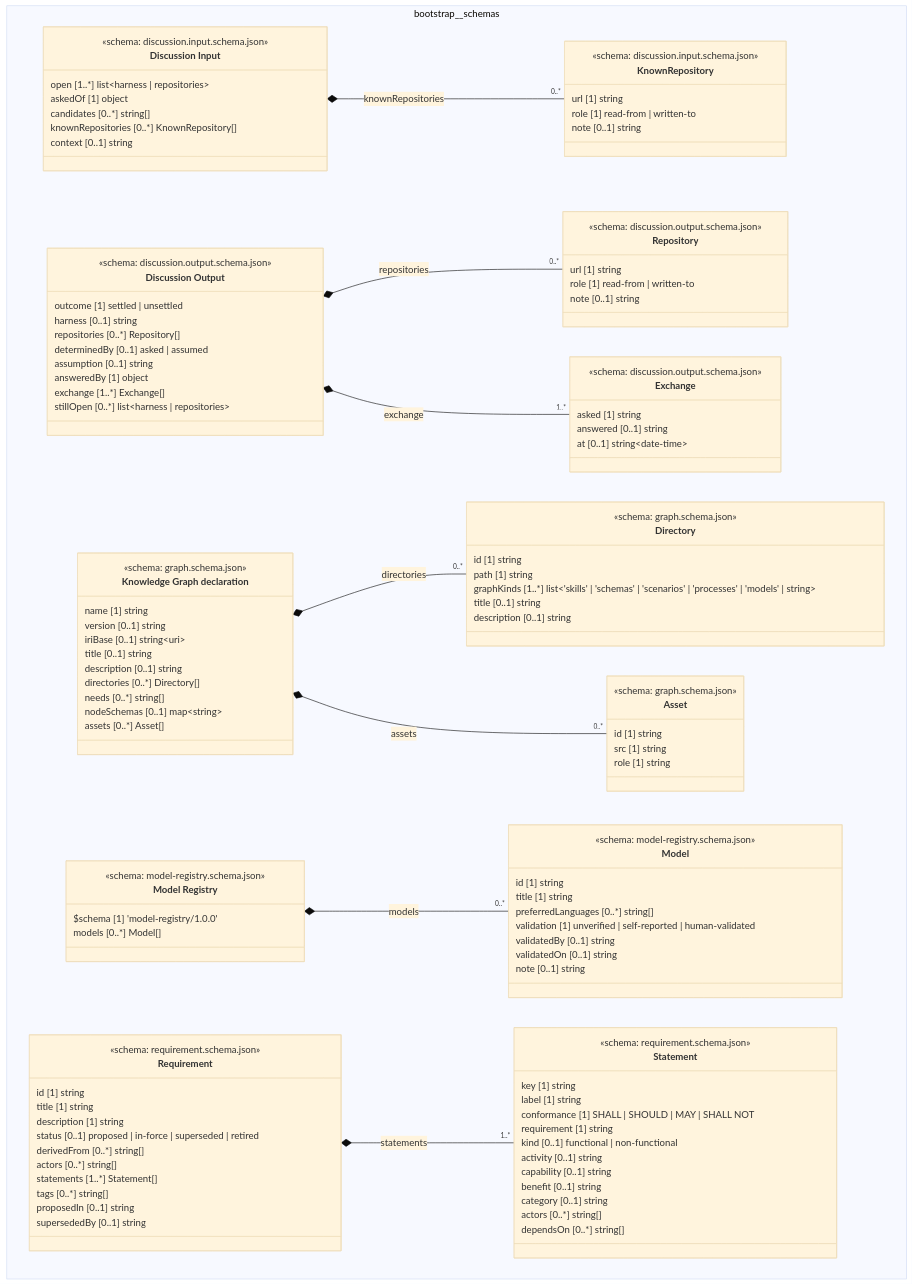
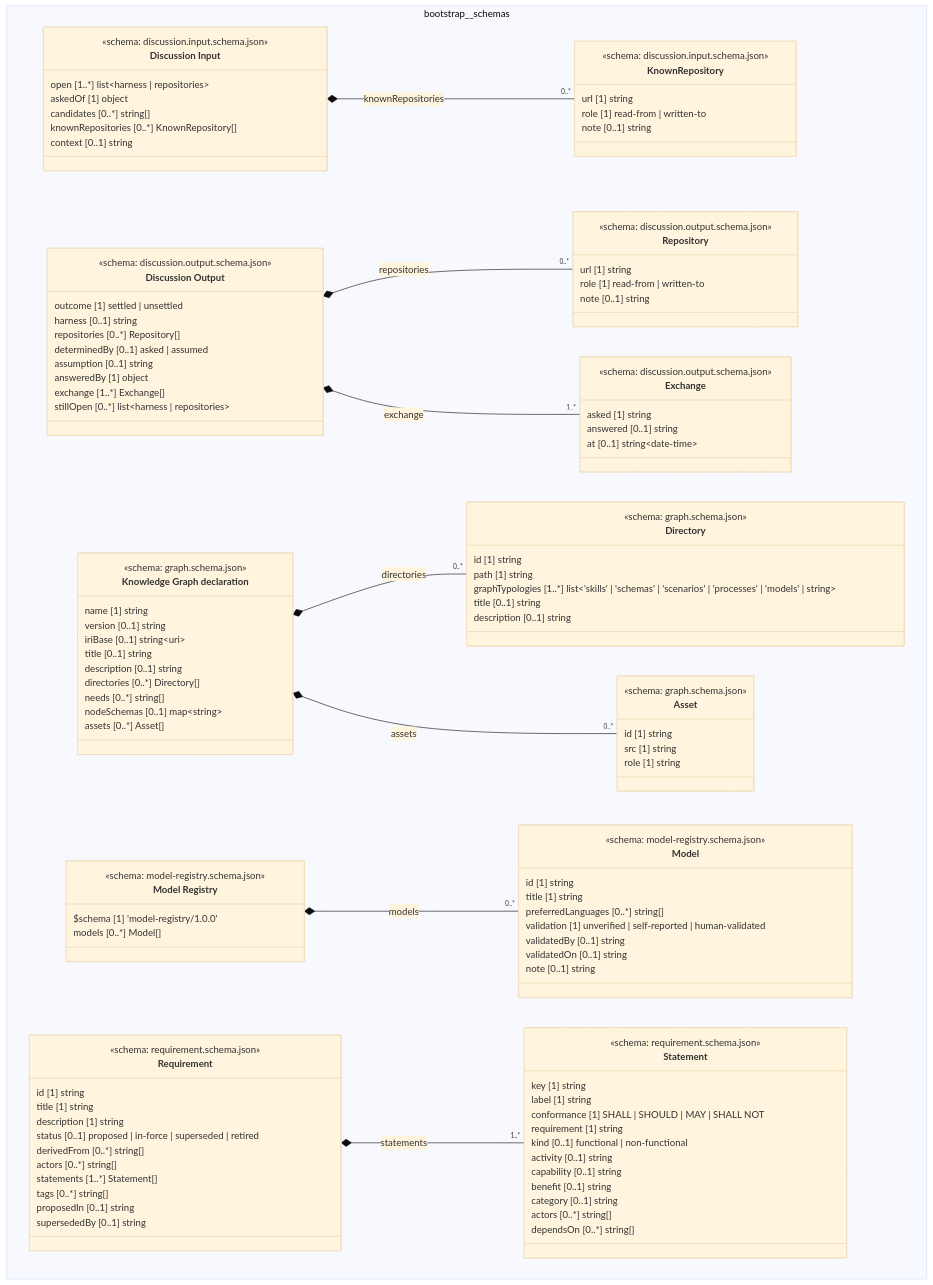
One commit to litlfred/folio-assistant changed the diagram in cat-harness/docs/uml/overview/bootstrap/schemas.md. Above: the diagram before and after it, drawn with Mermaid (base theme). The commit also changed other lines of this file and 1369 other files, not shown here.

First line of the commit message:
Rename "graph kind" to "graph typology", everywhere, no alias (#2200)

```diff
--- a/cat-harness/docs/uml/overview/bootstrap/schemas.md
+++ b/cat-harness/docs/uml/overview/bootstrap/schemas.md
@@ -84,7 +84,7 @@
       <<schema: graph.schema.json>>
       id [1] string
       path [1] string
-      graphKinds [1..*] list~'skills' | 'schemas' | 'scenarios' | 'processes' | 'models' | string~
+      graphTypologies [1..*] list~'skills' | 'schemas' | 'scenarios' | 'processes' | 'models' | string~
       title [0..1] string
       description [0..1] string
     }
```
